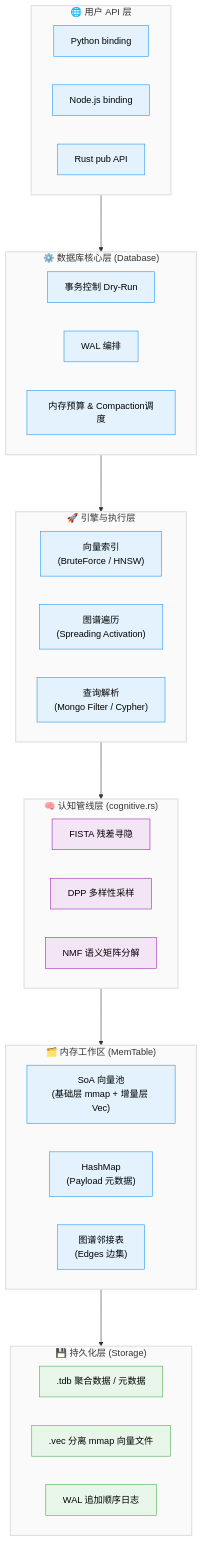
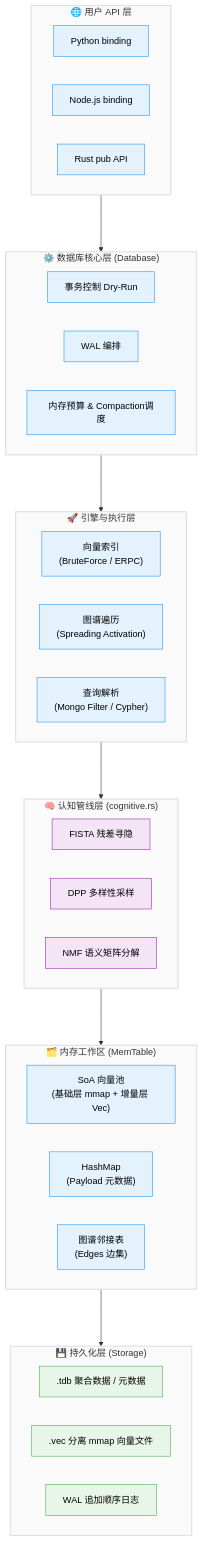
One commit to JiaY-77/TriviumDB changed the diagram in docs/features.md. Above: the diagram before and after it, drawn with Mermaid. The commit also changed other lines of this file and 23 other files, not shown here.

````diff
--- a/docs/features.md
+++ b/docs/features.md
@@ -27,61 +27,61 @@
 ```mermaid
 flowchart TD
     classDef layer fill:#fafafa,stroke:#e0e0e0,stroke-width:2px,color:#333;
     classDef module fill:#e3f2fd,stroke:#2196f3,stroke-width:1px,color:#000;
     classDef math fill:#f3e5f5,stroke:#9c27b0,stroke-width:1px,color:#000;
     classDef storage fill:#e8f5e9,stroke:#4caf50,stroke-width:1px,color:#000;
 
     subgraph Layer1 ["🌐 用户 API 层"]
         direction LR
         API1[Python binding]:::module
         API2[Node.js binding]:::module
         API3[Rust pub API]:::module
     end
     Layer1:::layer
 
     subgraph Layer2 ["⚙️ 数据库核心层 (Database)"]
         direction LR
         C1[事务控制 Dry-Run]:::module
         C2[WAL 编排]:::module
         C3[内存预算 & Compaction调度]:::module
     end
     Layer2:::layer
 
     subgraph Layer3 ["🚀 引擎与执行层"]
         direction LR
-        E1["向量索引\n(BruteForce / HNSW)"]:::module
+        E1["向量索引\n(BruteForce / ERPC)"]:::module
         E2["图谱遍历\n(Spreading Activation)"]:::module
         E3["查询解析\n(Mongo Filter / Cypher)"]:::module
     end
     Layer3:::layer
 
     subgraph Layer4 ["🧠 认知管线层 (cognitive.rs)"]
         direction LR
         M1[FISTA 残差寻隐]:::math
         M2[DPP 多样性采样]:::math
         M3[NMF 语义矩阵分解]:::math
     end
     Layer4:::layer
 
     subgraph Layer5 ["🗂️ 内存工作区 (MemTable)"]
         direction LR
         M_VEC["SoA 向量池\n(基础层 mmap + 增量层 Vec)"]:::module
         M_PAY["HashMap\n(Payload 元数据)"]:::module
         M_EDGE["图谱邻接表\n(Edges 边集)"]:::module
     end
     Layer5:::layer
 
     subgraph Layer6 ["💾 持久化层 (Storage)"]
         direction LR
         S1[".tdb 聚合数据 / 元数据"]:::storage
         S2[".vec 分离 mmap 向量文件"]:::storage
         S3["WAL 追加顺序日志"]:::storage
     end
     Layer6:::layer
 
     Layer1 ---> Layer2
     Layer2 ---> Layer3
     Layer3 ---> Layer4
     Layer4 ---> Layer5
     Layer5 ---> Layer6
 ```
````
